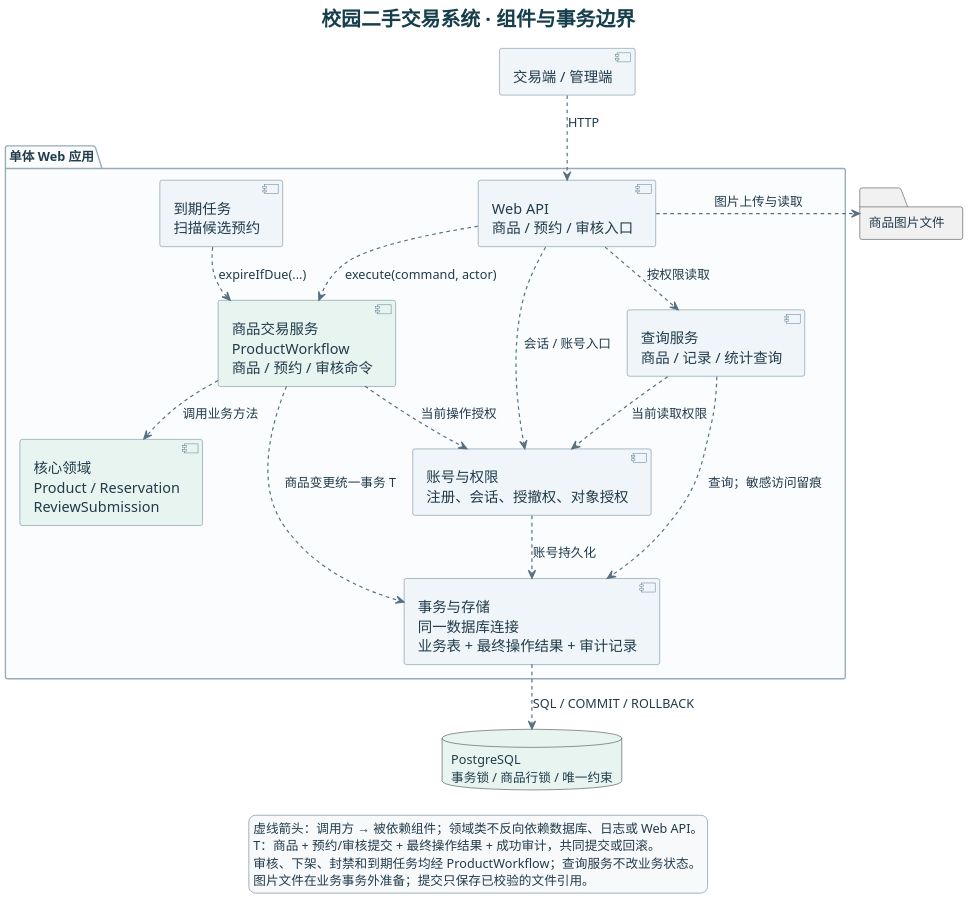
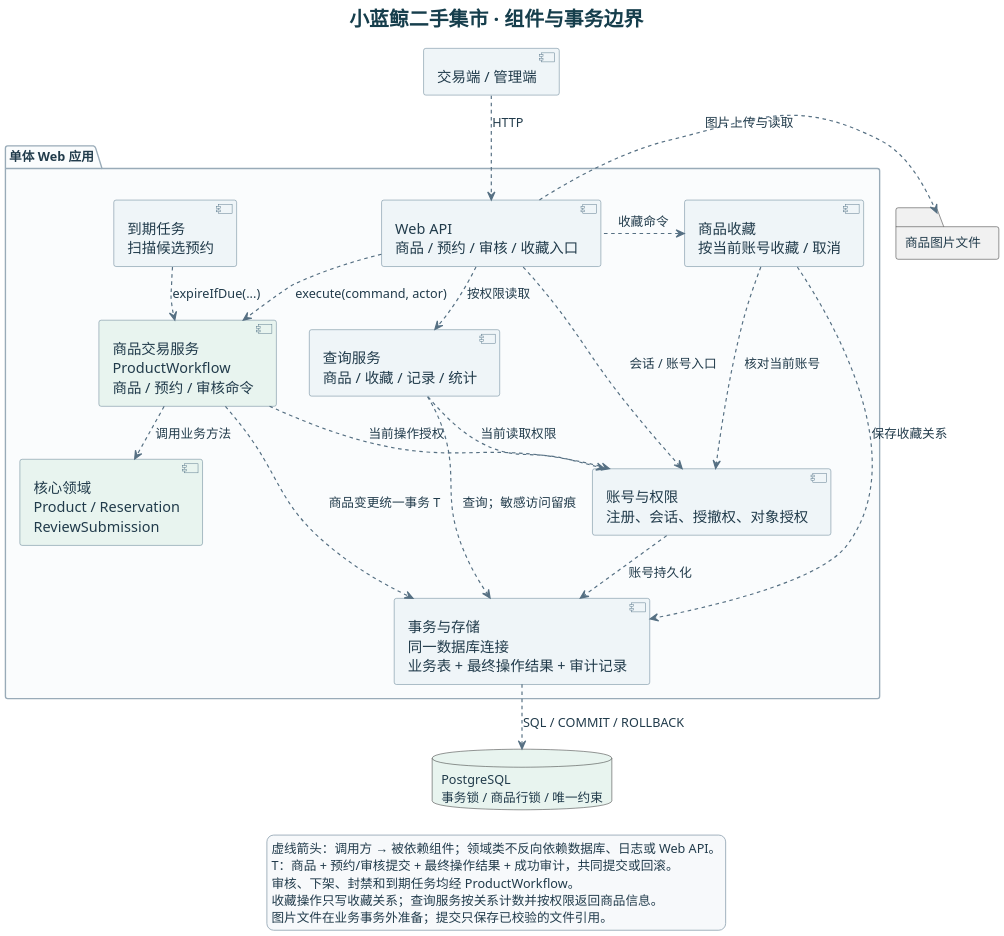
One commit to gggggg198/secondhand-trading-software changed the diagram in 实验二/UML/UML组件图.puml. Above: the diagram before and after it, drawn with PlantUML. The commit also changed 42 other files, not shown here.

```diff
--- a/实验二/UML/UML组件图.puml
+++ b/实验二/UML/UML组件图.puml
@@ -1,67 +1,72 @@
 @startuml
 
 skinparam dpi 170
 skinparam defaultFontName Microsoft YaHei
 skinparam defaultFontColor #213B4B
 skinparam titleFontColor #163E4C
 skinparam titleFontSize 22
 skinparam shadowing false
 skinparam ArrowColor #567083
 skinparam ArrowThickness 1.3
 skinparam nodesep 36
 skinparam ranksep 38
 skinparam noteBackgroundColor #F7F9FB
 skinparam noteBorderColor #99ABB8
 skinparam noteFontSize 13
 skinparam legendBackgroundColor #F7F9FB
 skinparam legendBorderColor #99ABB8
 
 skinparam componentStyle uml2
 skinparam componentFontSize 16
 skinparam componentArrowFontSize 14
 skinparam componentBackgroundColor #EFF5F8
 skinparam componentBorderColor #507084
 skinparam packageBackgroundColor #FAFCFD
 skinparam packageBorderColor #99ABB8
 skinparam databaseBackgroundColor #E8F4EF
 
-title 校园二手交易系统 · 组件与事务边界
+title 小蓝鲸二手集市 · 组件与事务边界
 
 component "交易端 / 管理端" as UI
 package "单体 Web 应用" {
-  component "Web API\n商品 / 预约 / 审核入口" as API
+  component "Web API\n商品 / 预约 / 审核 / 收藏入口" as API
   component "账号与权限\n注册、会话、授撤权、对象授权" as Auth
   component "到期任务\n扫描候选预约" as Timer
   component "商品交易服务\nProductWorkflow\n商品 / 预约 / 审核命令" as Workflow #E8F4EF
-  component "查询服务\n商品 / 记录 / 统计查询" as Query
+  component "查询服务\n商品 / 收藏 / 记录 / 统计" as Query
+  component "商品收藏\n按当前账号收藏 / 取消" as Favorites
   component "核心领域\nProduct / Reservation\nReviewSubmission" as Domain #E8F4EF
   component "事务与存储\n同一数据库连接\n业务表 + 最终操作结果 + 审计记录" as Store
 }
 database "PostgreSQL\n事务锁 / 商品行锁 / 唯一约束" as DB
 folder "商品图片文件" as Files
 
 UI .down.> API : HTTP
 API .down.> Auth : 会话 / 账号入口
 API .down.> Workflow : execute(command, actor)
 API .right.> Query : 按权限读取
+API .left.> Favorites : 收藏命令
 Timer .down.> Workflow : expireIfDue(...)
 Workflow .down.> Auth : 当前操作授权
 Query .down.> Auth : 当前读取权限
+Favorites .down.> Auth : 核对当前账号
 Workflow .down.> Domain : 调用业务方法
 Workflow .down.> Store : 商品变更统一事务 T
 Query .down.> Store : 查询；敏感访问留痕
+Favorites .down.> Store : 保存收藏关系
 Auth .down.> Store : 账号持久化
 Store .down.> DB : SQL / COMMIT / ROLLBACK
 API .right.> Files : 图片上传与读取
 
 Workflow -[hidden]right- Query
 Domain -[hidden]right- Auth
 
 legend bottom
   虚线箭头：调用方 → 被依赖组件；领域类不反向依赖数据库、日志或 Web API。
   T：商品 + 预约/审核提交 + 最终操作结果 + 成功审计，共同提交或回滚。
-  审核、下架、封禁和到期任务均经 ProductWorkflow；查询服务不改业务状态。
+  审核、下架、封禁和到期任务均经 ProductWorkflow。
+  收藏操作只写收藏关系；查询服务按关系计数并按权限返回商品信息。
   图片文件在业务事务外准备；提交只保存已校验的文件引用。
 endlegend
 
 @enduml
```
